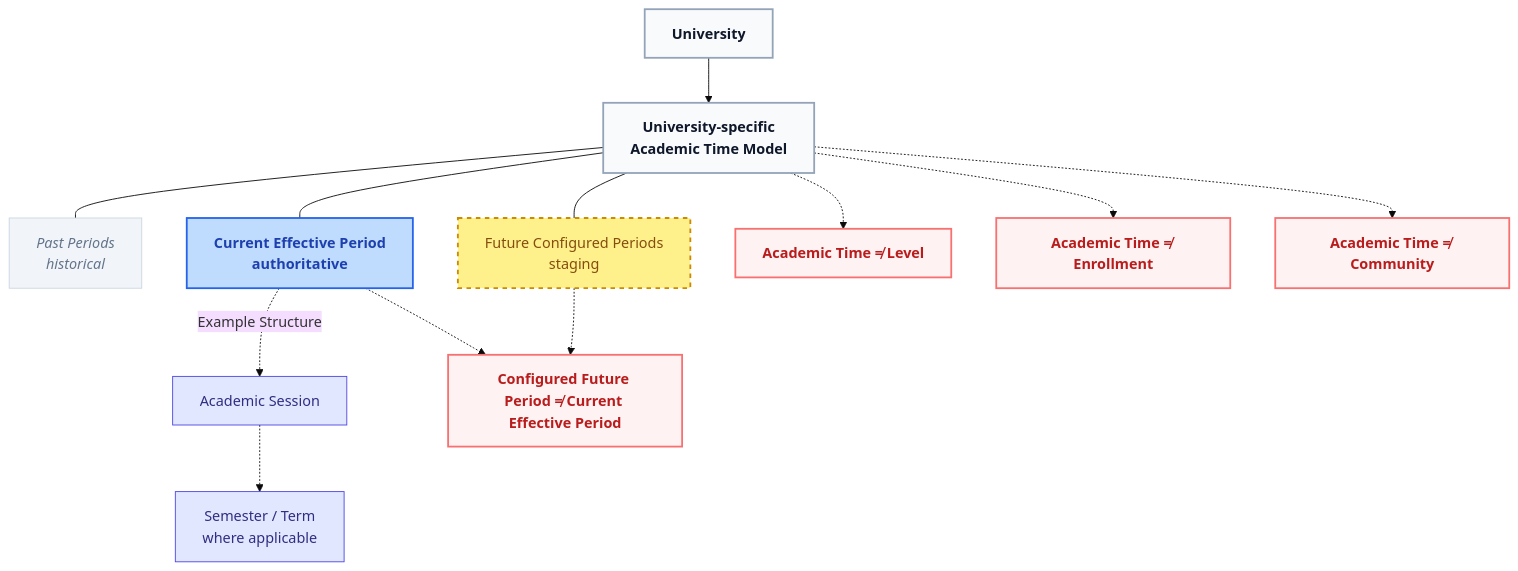
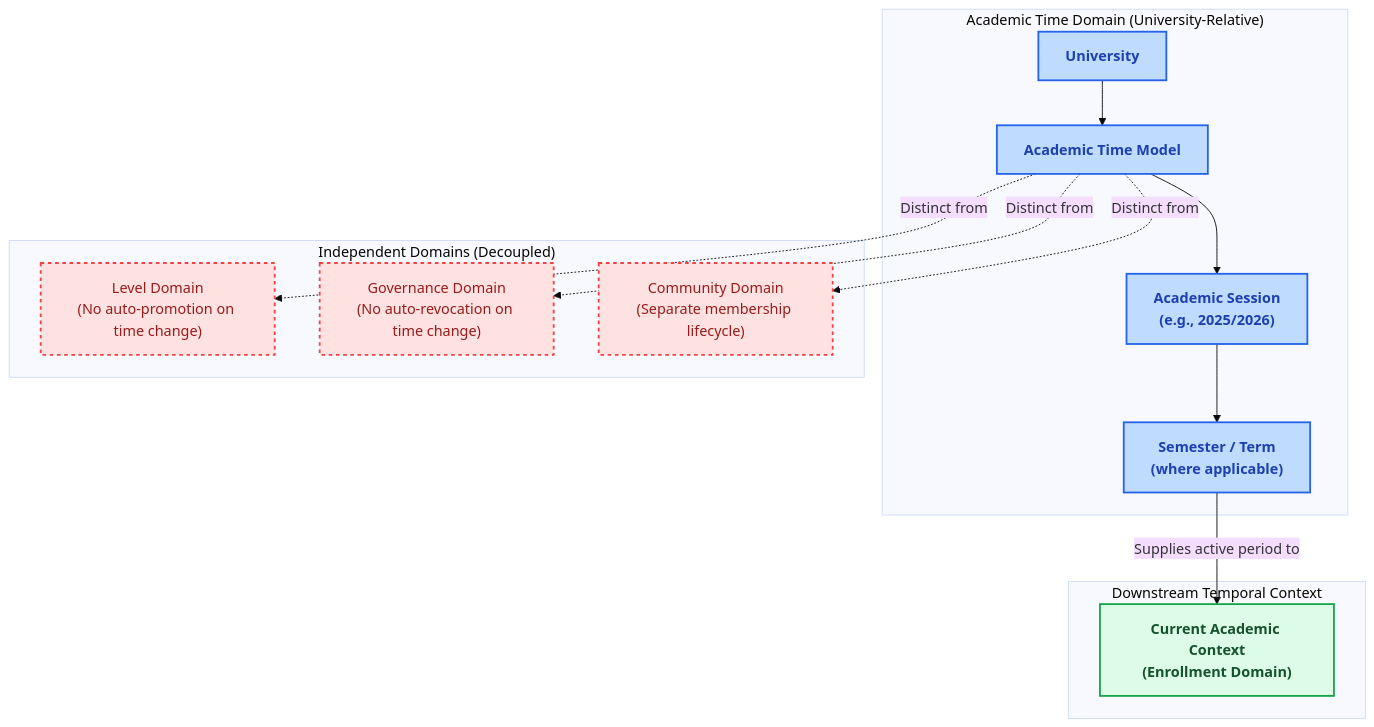
Before and after one commit to davidalbertstark-lab/Lenar: the second of 2 diagrams in docs/specifications/academic-time/academic-time-specification.md, drawn with Mermaid (base theme). The commit also changed other lines of this file and 28 other files, not shown here.

Commit message:
docs: system-wide diagram redesign for first-instance comprehension

````diff
--- a/docs/specifications/academic-time/academic-time-specification.md
+++ b/docs/specifications/academic-time/academic-time-specification.md
@@ -73,48 +103,30 @@
 ```mermaid
 flowchart TD
-    classDef domain fill:#f8fafc,stroke:#94a3b8,stroke-width:2px,color:#0f172a,font-weight:bold
-    classDef past fill:#f1f5f9,stroke:#cbd5e1,stroke-width:1px,color:#64748b,font-style:italic
-    classDef current fill:#bfdbfe,stroke:#2563eb,stroke-width:2px,color:#1e40af,font-weight:bold
-    classDef future fill:#fef08a,stroke:#ca8a04,stroke-width:2px,color:#854d0e,stroke-dasharray: 5 5
-    classDef explicit fill:#fef2f2,stroke:#f87171,stroke-width:2px,color:#b91c1c,font-weight:bold
-    classDef sub fill:#e0e7ff,stroke:#4f46e5,stroke-width:1px,color:#312e81
+    classDef time fill:#bfdbfe,stroke:#2563eb,stroke-width:2px,color:#1e40af,font-weight:bold
+    classDef consumer fill:#dcfce7,stroke:#16a34a,stroke-width:2px,color:#14532d,font-weight:bold
+    classDef boundary fill:#fee2e2,stroke:#ef4444,stroke-width:2px,color:#991b1b,stroke-dasharray: 4 4
 
-    U[University]
-    
-    Model[University-specific <br/> Academic Time Model]
-    
-    Past[Past Periods <br/> historical]
-    Curr[Current Effective Period <br/> authoritative]
-    Fut[Future Configured Periods <br/> staging]
-    
-    U --> Model
-    Model --- Past
-    Model --- Curr
-    Model --- Fut
-    
-    Session[Academic Session]
-    Term[Semester / Term <br/> where applicable]
-    
-    Curr -.->|Example Structure| Session
-    Session -.-> Term
-    
-    class U,Model domain;
-    class Past past;
-    class Curr current;
-    class Fut future;
-    class Session,Term sub;
+    subgraph AcademicTimeDomain["Academic Time Domain (University-Relative)"]
+        Univ["University"] --> Model["Academic Time Model"]
+        Model --> Session["Academic Session<br/>(e.g., 2025/2026)"]
+        Session --> Term["Semester / Term<br/>(where applicable)"]
+    end
 
-    N1[Configured Future Period ≠ Current Effective Period]
-    N2[Academic Time ≠ Level]
-    N3[Academic Time ≠ Enrollment]
-    N4[Academic Time ≠ Community]
-    
-    Fut -.-> N1
-    Curr -.-> N1
-    
-    Model -.-> N2
-    Model -.-> N3
-    Model -.-> N4
-    
-    class N1,N2,N3,N4 explicit;
+    subgraph DownstreamConsumption["Downstream Temporal Context"]
+        Term -->|"Supplies active period to"| CAC["Current Academic Context<br/>(Enrollment Domain)"]
+    end
+
+    subgraph IndependentDomains["Independent Domains (Decoupled)"]
+        Lvl["Level Domain<br/>(No auto-promotion on time change)"]
+        Gov["Governance Domain<br/>(No auto-revocation on time change)"]
+        Comm["Community Domain<br/>(Separate membership lifecycle)"]
+    end
+
+    Model -.->|"Distinct from"| Lvl
+    Model -.->|"Distinct from"| Gov
+    Model -.->|"Distinct from"| Comm
+
+    class Univ,Model,Session,Term time;
+    class CAC consumer;
+    class Lvl,Gov,Comm boundary;
 ```
````
